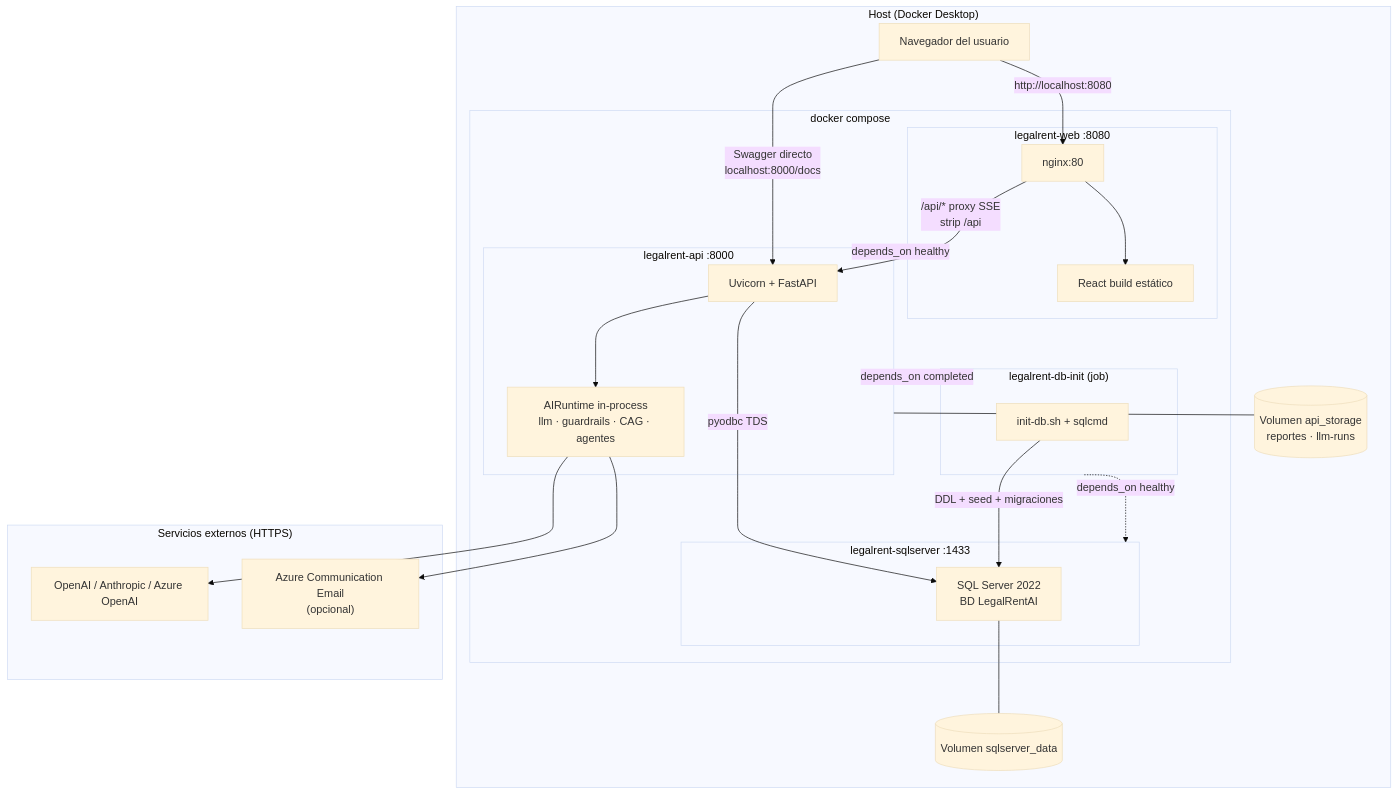
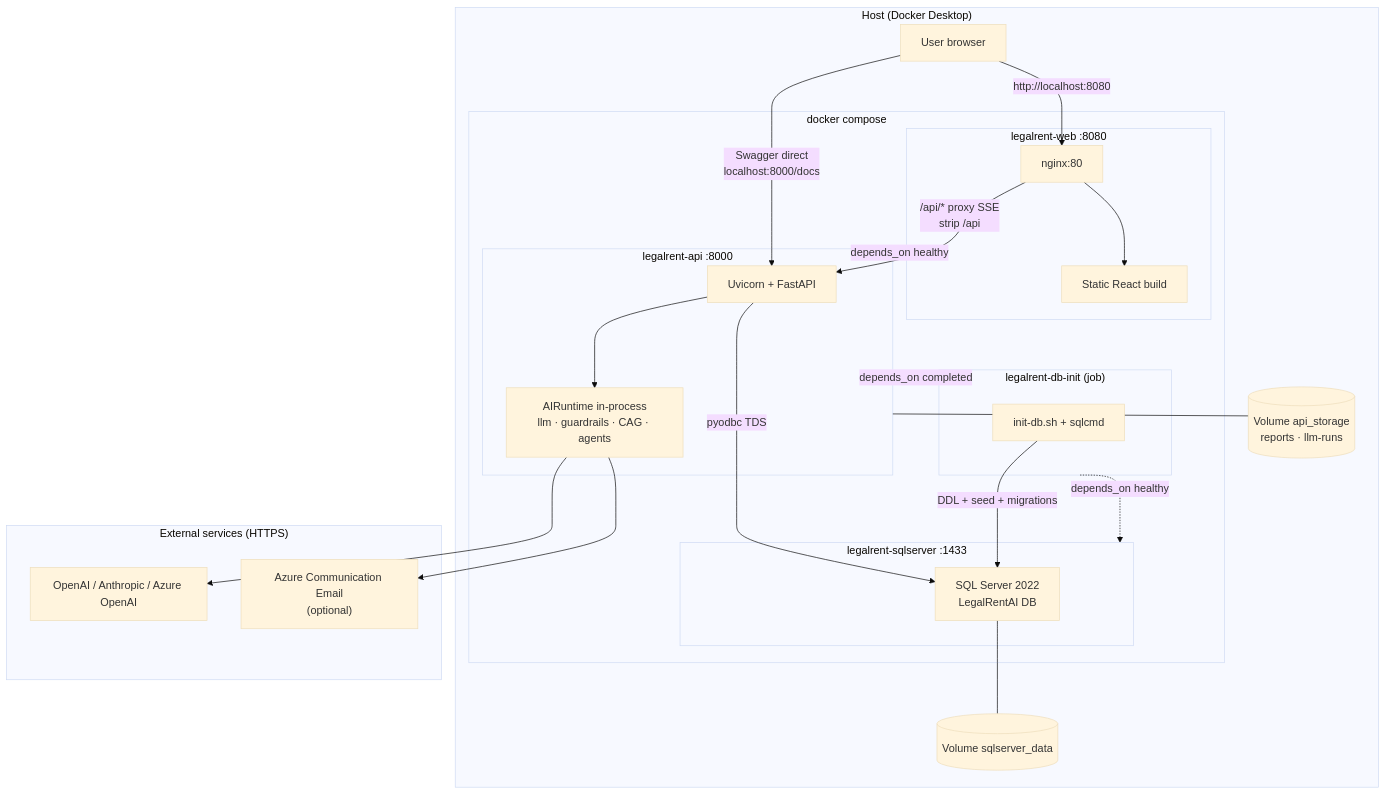
Before and after one commit to victorm-ai/legal-rent-ai: the diagram in docs/deployment/docker-architecture.md, drawn with Mermaid (base theme). The commit also changed other lines of this file and 57 other files, not shown here.

````diff
--- a/docs/deployment/docker-architecture.md
+++ b/docs/deployment/docker-architecture.md
@@ -38,49 +38,49 @@
 ```mermaid
 flowchart TB
     subgraph host ["Host (Docker Desktop)"]
-        browser["Navegador del usuario"]
+        browser["User browser"]
 
         subgraph compose ["docker compose"]
             subgraph web_ctr ["legalrent-web :8080"]
                 nginx["nginx:80"]
-                static["React build estático"]
+                static["Static React build"]
                 nginx --> static
             end
 
             subgraph api_ctr ["legalrent-api :8000"]
                 uvicorn["Uvicorn + FastAPI"]
-                ai["AIRuntime in-process<br/>llm · guardrails · CAG · agentes"]
+                ai["AIRuntime in-process<br/>llm · guardrails · CAG · agents"]
                 uvicorn --> ai
             end
 
             subgraph sql_ctr ["legalrent-sqlserver :1433"]
-                mssql["SQL Server 2022<br/>BD LegalRentAI"]
+                mssql["SQL Server 2022<br/>LegalRentAI DB"]
             end
 
             subgraph init_ctr ["legalrent-db-init (job)"]
                 sqlcmd["init-db.sh + sqlcmd"]
             end
         end
 
-        vol_sql[("Volumen sqlserver_data")]
-        vol_api[("Volumen api_storage<br/>reportes · llm-runs")]
+        vol_sql[("Volume sqlserver_data")]
+        vol_api[("Volume api_storage<br/>reports · llm-runs")]
     end
 
-    subgraph external ["Servicios externos (HTTPS)"]
+    subgraph external ["External services (HTTPS)"]
         llm["OpenAI / Anthropic / Azure OpenAI"]
-        acs["Azure Communication Email<br/>(opcional)"]
+        acs["Azure Communication Email<br/>(optional)"]
     end
 
     browser -->|"http://localhost:8080"| nginx
-    browser -->|"Swagger directo<br/>localhost:8000/docs"| uvicorn
+    browser -->|"Swagger direct<br/>localhost:8000/docs"| uvicorn
     nginx -->|"/api/* proxy SSE<br/>strip /api"| uvicorn
     uvicorn -->|"pyodbc TDS"| mssql
-    sqlcmd -->|"DDL + seed + migraciones"| mssql
+    sqlcmd -->|"DDL + seed + migrations"| mssql
     init_ctr -.->|"depends_on healthy"| sql_ctr
     api_ctr -.->|"depends_on completed"| init_ctr
     web_ctr -.->|"depends_on healthy"| api_ctr
     mssql --- vol_sql
     api_ctr --- vol_api
     ai --> llm
     ai --> acs
 ```
````
